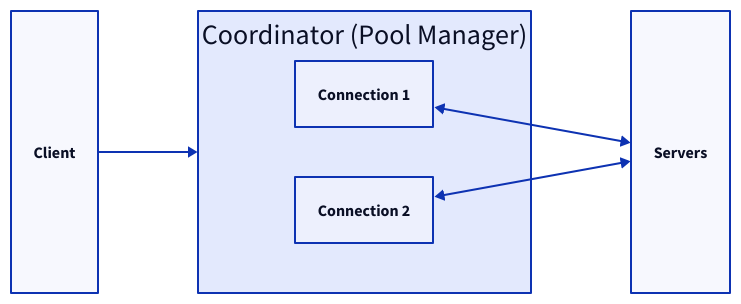
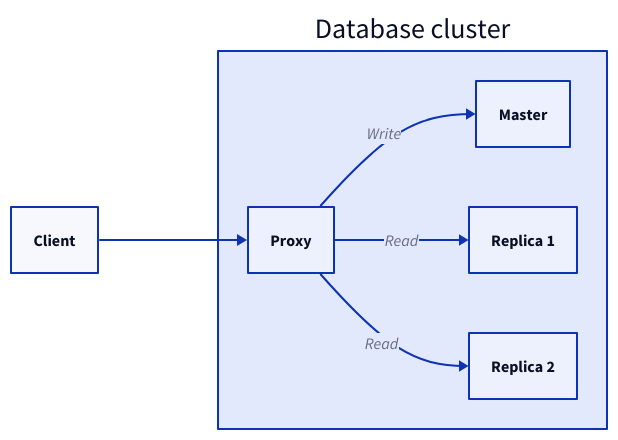
Before and after one commit to link1905/system-design-101: the fifth of 5 diagrams in content/data-persistence/distributed-database/master-slave-architecture.md, drawn with D2. The commit also changed other lines of this file, not shown here.

````diff
--- a/content/data-persistence/distributed-database/master-slave-architecture.md
+++ b/content/data-persistence/distributed-database/master-slave-architecture.md
@@ -179,23 +192,25 @@
 ```d2
-grid-rows: 1
-horizontal-gap: 100
-c: Client {
+direction: right
+db: Database cluster {
+  w: Master {
+    class: db
+  }
+  r1: Replica 1 {
+    class: db
+  }
+  r2: Replica 2 {
+    class: db
+  }
+  c: Proxy {
+    class: server
+  }
+  c -> w: "Write"
+  c -> r1: "Read"
+  c -> r2: "Read"
+
+}
+s: Client {
     class: client
 }
-p: Coordinator (Pool Manager) {
-  vertical-gap: 50
-  grid-rows: 2
-  c1: Connection 1 {
-    class: conn
-  }
-  c2: Connection 2 {
-    class: conn
-  }
-}
-s: Servers {
-  class: db
-}
-c -> p
-p.c1 <-> s
-p.c2 <-> s
+s -> db.c
 ```
````
